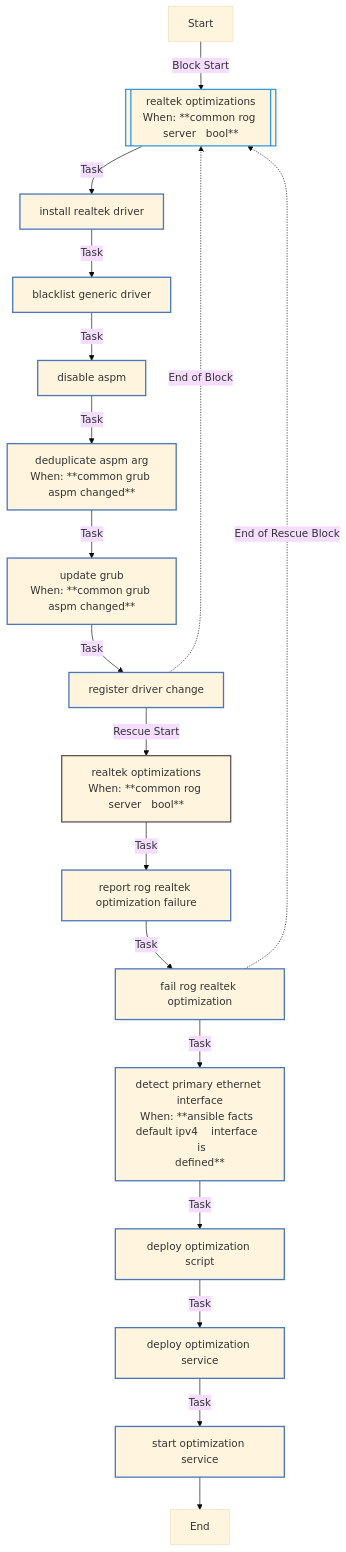
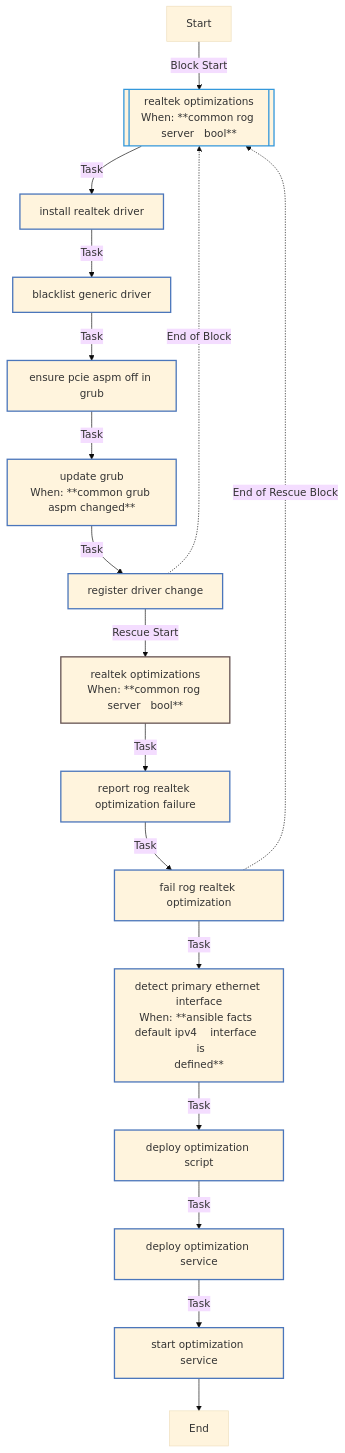
One commit to rou-cru/k3s-homelab changed the sixth of 9 diagrams in roles/common/README.md. Above: the diagram before and after it, drawn with Mermaid (base theme). The commit also changed other lines of this file and 96 other files, not shown here.

````diff
--- a/roles/common/README.md
+++ b/roles/common/README.md
@@ -456,30 +536,29 @@
 ```mermaid
 flowchart TD
 Start
 classDef block stroke:#3498db,stroke-width:2px;
 classDef task stroke:#4b76bb,stroke-width:2px;
 classDef includeTasks stroke:#16a085,stroke-width:2px;
 classDef importTasks stroke:#34495e,stroke-width:2px;
 classDef includeRole stroke:#2980b9,stroke-width:2px;
 classDef importRole stroke:#699ba7,stroke-width:2px;
 classDef includeVars stroke:#8e44ad,stroke-width:2px;
 classDef rescue stroke:#665352,stroke-width:2px;
 
   Start-->|Block Start| Realtek_optimizations0_block_start_0[[realtek optimizations<br>When: **common rog server   bool**]]:::block
   Realtek_optimizations0_block_start_0-->|Task| Install_Realtek_driver0[install realtek driver]:::task
   Install_Realtek_driver0-->|Task| Blacklist_generic_driver1[blacklist generic driver]:::task
-  Blacklist_generic_driver1-->|Task| Disable_ASPM2[disable aspm]:::task
-  Disable_ASPM2-->|Task| Deduplicate_ASPM_arg3[deduplicate aspm arg<br>When: **common grub aspm changed**]:::task
-  Deduplicate_ASPM_arg3-->|Task| Update_GRUB4[update grub<br>When: **common grub aspm changed**]:::task
-  Update_GRUB4-->|Task| Register_driver_change5[register driver change]:::task
-  Register_driver_change5-.->|End of Block| Realtek_optimizations0_block_start_0
-  Register_driver_change5-->|Rescue Start| Realtek_optimizations0_rescue_start_0[realtek optimizations<br>When: **common rog server   bool**]:::rescue
+  Blacklist_generic_driver1-->|Task| Ensure_pcie_aspm_off_in_GRUB2[ensure pcie aspm off in grub]:::task
+  Ensure_pcie_aspm_off_in_GRUB2-->|Task| Update_GRUB3[update grub<br>When: **common grub aspm changed**]:::task
+  Update_GRUB3-->|Task| Register_driver_change4[register driver change]:::task
+  Register_driver_change4-.->|End of Block| Realtek_optimizations0_block_start_0
+  Register_driver_change4-->|Rescue Start| Realtek_optimizations0_rescue_start_0[realtek optimizations<br>When: **common rog server   bool**]:::rescue
   Realtek_optimizations0_rescue_start_0-->|Task| Report_RoG_Realtek_optimization_failure0[report rog realtek optimization failure]:::task
   Report_RoG_Realtek_optimization_failure0-->|Task| Fail_RoG_Realtek_optimization1[fail rog realtek optimization]:::task
   Fail_RoG_Realtek_optimization1-.->|End of Rescue Block| Realtek_optimizations0_block_start_0
   Fail_RoG_Realtek_optimization1-->|Task| Detect_primary_ethernet_interface1[detect primary ethernet interface<br>When: **ansible facts  default ipv4    interface   is<br>defined**]:::task
   Detect_primary_ethernet_interface1-->|Task| Deploy_optimization_script2[deploy optimization script]:::task
   Deploy_optimization_script2-->|Task| Deploy_optimization_service3[deploy optimization service]:::task
   Deploy_optimization_service3-->|Task| Start_optimization_service4[start optimization service]:::task
   Start_optimization_service4-->End
 ```
````
